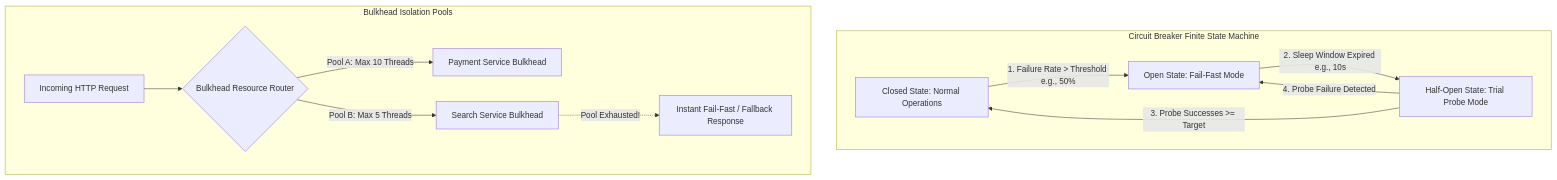
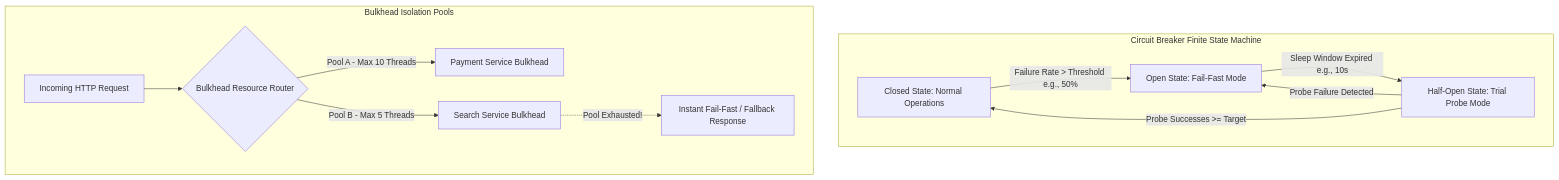
Before and after one commit to akmalkhaniub/akmalkhaniub.github.io: the diagram in blog/posts/resiliency-patterns-circuit-breakers-bulkheads-adaptive-rate-limiting.md, drawn with Mermaid. The commit also changed 411 other files, not shown here.

````diff
--- a/blog/posts/resiliency-patterns-circuit-breakers-bulkheads-adaptive-rate-limiting.md
+++ b/blog/posts/resiliency-patterns-circuit-breakers-bulkheads-adaptive-rate-limiting.md
@@ -19,18 +19,18 @@
 ```mermaid
-graph TD
+flowchart TD
   subgraph SG1_CircuitBreakerFinite ["Circuit Breaker Finite State Machine"]
-    StateClosed[Closed State: Normal Operations] -->|1. Failure Rate > Threshold e.g., 50%| StateOpen[Open State: Fail-Fast Mode]
-    StateOpen -->|2. Sleep Window Expired e.g., 10s| StateHalfOpen[Half-Open State: Trial Probe Mode]
+    StateClosed[Closed State: Normal Operations] -->|Failure Rate > Threshold e.g., 50%| StateOpen[Open State: Fail-Fast Mode]
+    StateOpen -->|Sleep Window Expired e.g., 10s| StateHalfOpen[Half-Open State: Trial Probe Mode]
     
-    StateHalfOpen -->|3. Probe Successes >= Target| StateClosed
-    StateHalfOpen -->|4. Probe Failure Detected| StateOpen
+    StateHalfOpen -->|Probe Successes >= Target| StateClosed
+    StateHalfOpen -->|Probe Failure Detected| StateOpen
   end
   
   subgraph SG2_BulkheadIsolationPools ["Bulkhead Isolation Pools"]
     ClientReq[Incoming HTTP Request] --> Router{Bulkhead Resource Router}
-    Router -->|Pool A: Max 10 Threads| PaymentPool[Payment Service Bulkhead]
-    Router -->|Pool B: Max 5 Threads| SearchPool[Search Service Bulkhead]
+    Router -->|Pool A - Max 10 Threads| PaymentPool[Payment Service Bulkhead]
+    Router -->|Pool B - Max 5 Threads| SearchPool[Search Service Bulkhead]
     
     SearchPool -.->|Pool Exhausted!| Reject[Instant Fail-Fast / Fallback Response]
   end
 ```
````
